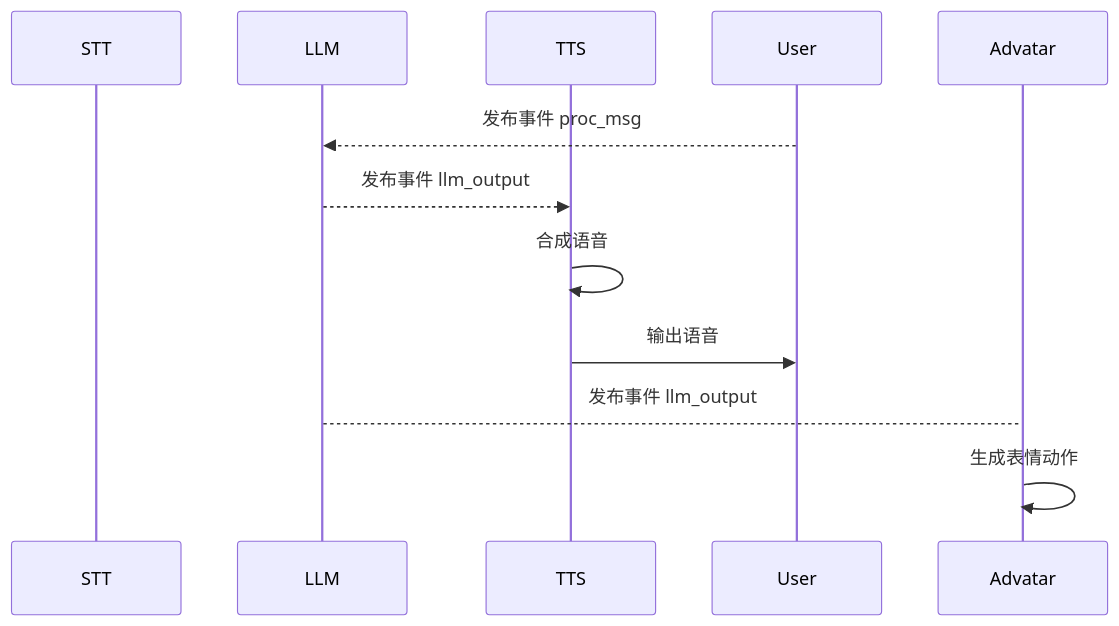
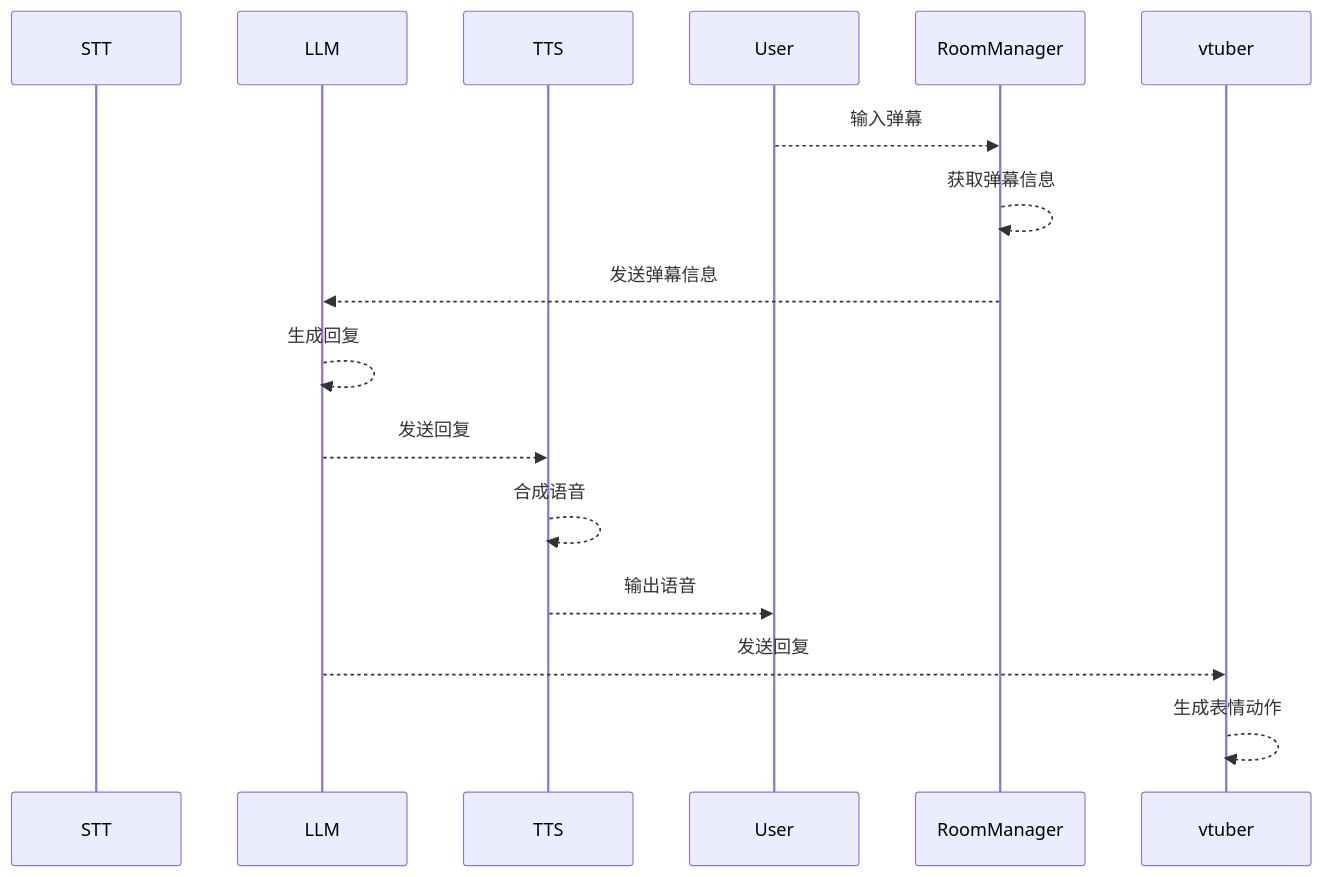
Before and after one commit to golrice/virtustream: the first of 4 diagrams in docs/systemModel.md, drawn with Mermaid. The commit also changed other lines of this file and 4 other files, not shown here.

````diff
--- a/docs/systemModel.md
+++ b/docs/systemModel.md
@@ -193,15 +86,19 @@
 ```mermaid
 sequenceDiagram
     participant STT
     participant LLM
     participant TTS
     participant User
-    participant Advatar
+    participant RoomManager
+    participant vtuber
 
-    User-->>LLM: 发布事件 proc_msg
-    LLM-->>TTS: 发布事件 llm_output
-    TTS->>TTS: 合成语音
-    TTS->>User: 输出语音
-    LLM-->Advatar: 发布事件 llm_output
-    Advatar->>Advatar: 生成表情动作
+    User-->>RoomManager: 输入弹幕
+    RoomManager-->>RoomManager: 获取弹幕信息
+    RoomManager-->> LLM: 发送弹幕信息
+    LLM-->>LLM : 生成回复
+    LLM-->>TTS: 发送回复
+    TTS-->>TTS: 合成语音
+    TTS-->>User: 输出语音
+    LLM-->>vtuber: 发送回复
+    vtuber-->>vtuber: 生成表情动作
 ```
````
